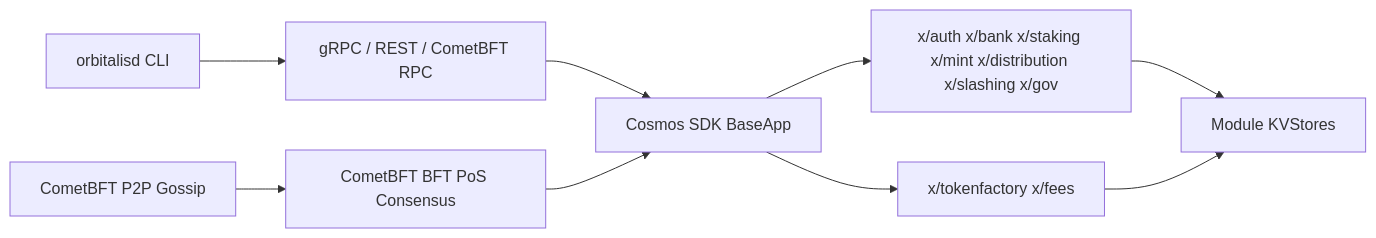
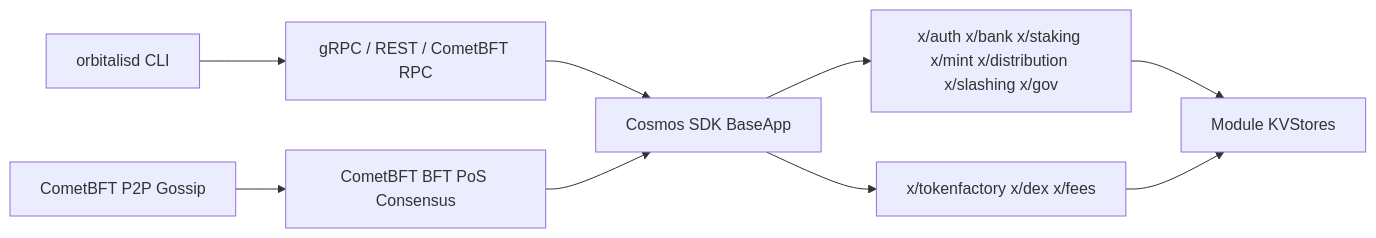
The diagram in README.md (SoftwareMaestro16/Aetheris-Blockchain), drawn with Mermaid before and after one commit. The commit also changed other lines of this file and 45 other files, not shown here.

````diff
--- a/README.md
+++ b/README.md
@@ -9,11 +9,11 @@
 ```mermaid
 flowchart LR
   CLI["orbitalisd CLI"] --> RPC["gRPC / REST / CometBFT RPC"]
   RPC --> APP["Cosmos SDK BaseApp"]
   P2P["CometBFT P2P Gossip"] --> CONS["CometBFT BFT PoS Consensus"]
   CONS --> APP
   APP --> CORE["x/auth x/bank x/staking x/mint x/distribution x/slashing x/gov"]
-  APP --> CUSTOM["x/tokenfactory x/fees"]
+  APP --> CUSTOM["x/tokenfactory x/dex x/fees"]
   CORE --> STORE["Module KVStores"]
   CUSTOM --> STORE
 ```
````
